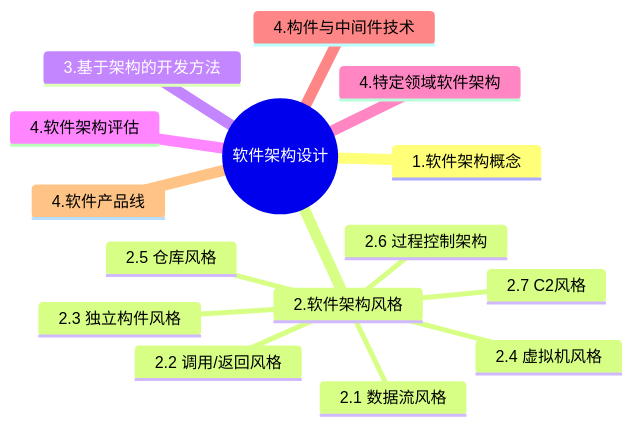
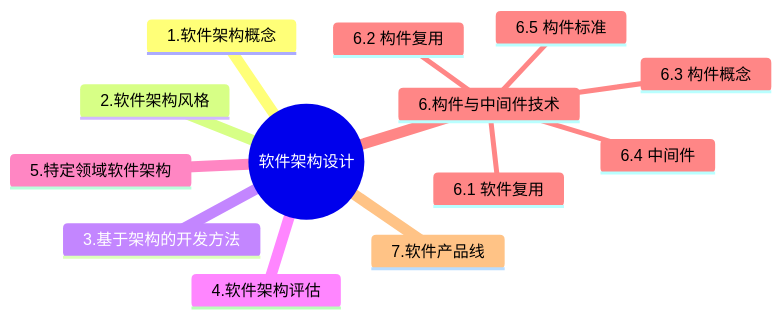
The diagram in content/RunKao/notes/Software_Architecture-Rest.md (AaronYang0628/docs), drawn with Mermaid before and after one commit. The commit also changed other lines of this file and 5 other files, not shown here.

````diff
--- a/content/RunKao/notes/Software_Architecture-Rest.md
+++ b/content/RunKao/notes/Software_Architecture-Rest.md
@@ -7,18 +7,16 @@
 ```mermaid
 mindmap
   root((软件架构设计))
     1.软件架构概念
     2.软件架构风格
-        2.1 数据流风格
-        2.2 调用/返回风格
-        2.3 独立构件风格
-        2.4 虚拟机风格
-        2.5 仓库风格
-        2.6 过程控制架构
-        2.7 C2风格
     3.基于架构的开发方法
     4.软件架构评估
-    4.特定领域软件架构
-    4.构件与中间件技术
-    4.软件产品线
+    5.特定领域软件架构
+    6.构件与中间件技术
+        6.1 软件复用
+        6.2 构件复用
+        6.3 构件概念
+        6.4 中间件
+        6.5 构件标准
+    7.软件产品线
 ```
````
